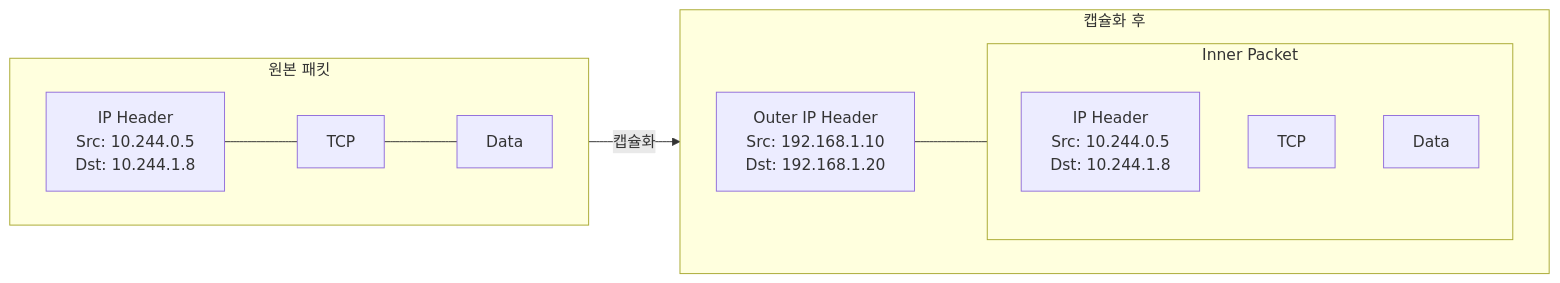
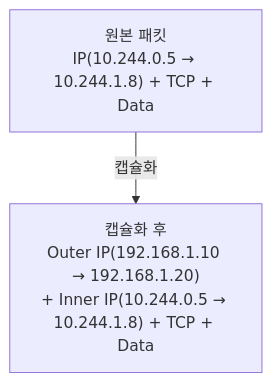
One commit to K-Diger/k-diger.github.io changed the sixth of 22 diagrams in _posts/2026-01-18-kubernetes-network-fundamentals.md. Above: the diagram before and after it, drawn with Mermaid. The commit also changed other lines of this file and 13 other files, not shown here.

````diff
--- a/_posts/2026-01-18-kubernetes-network-fundamentals.md
+++ b/_posts/2026-01-18-kubernetes-network-fundamentals.md
@@ -138,23 +138,8 @@
 ```mermaid
-flowchart LR
-    subgraph Original["원본 패킷"]
-        direction LR
-        IP1["IP Header<br>Src: 10.244.0.5<br>Dst: 10.244.1.8"]
-        TCP1[TCP]
-        Data1[Data]
-        IP1 --- TCP1 --- Data1
-    end
+flowchart TB
+    Original["원본 패킷<br/>IP(10.244.0.5 → 10.244.1.8) + TCP + Data"]
 
-    subgraph Encapsulated["캡슐화 후"]
-        direction LR
-        OuterIP["Outer IP Header<br>Src: 192.168.1.10<br>Dst: 192.168.1.20"]
-        subgraph Inner["Inner Packet"]
-            IP2["IP Header<br>Src: 10.244.0.5<br>Dst: 10.244.1.8"]
-            TCP2[TCP]
-            Data2[Data]
-        end
-        OuterIP --- Inner
-    end
+    Encapsulated["캡슐화 후<br/>Outer IP(192.168.1.10 → 192.168.1.20)<br/>+ Inner IP(10.244.0.5 → 10.244.1.8) + TCP + Data"]
 
-    Original -->|"캡슐화"| Encapsulated
+    Original -->|캡슐화| Encapsulated
 ```
````
